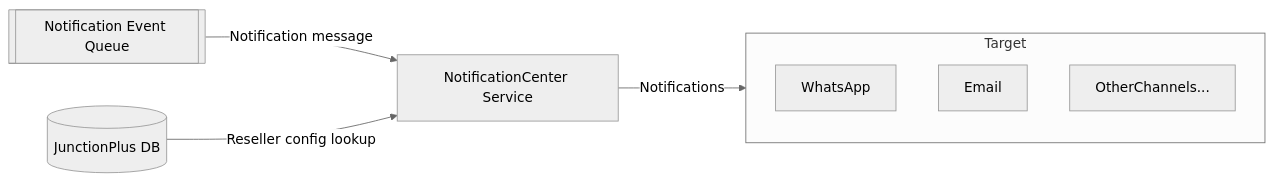
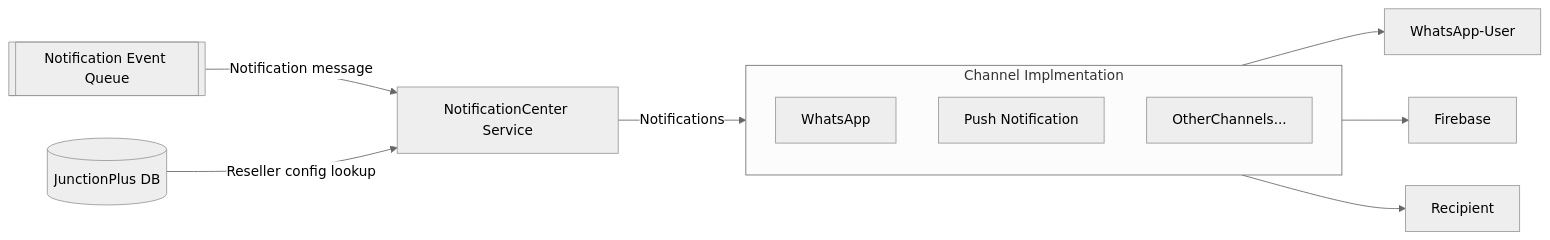
Before and after one commit to marimargaryan86/performancetesting: the fifth of 11 diagrams in docs/engineering/docs/projects/junction/plus.md, drawn with Mermaid (neutral theme). The commit also changed other lines of this file, not shown here.

````diff
--- a/docs/engineering/docs/projects/junction/plus.md
+++ b/docs/engineering/docs/projects/junction/plus.md
@@ -189,20 +236,23 @@
 ```mermaid
 flowchart LR
 
     EQ[[Notification Event Queue]]
 
     direction TB
     NC[NotificationCenter Service]
     DB[(JunctionPlus DB)]
 
-    subgraph T[Target]
+    subgraph T[Channel Implmentation]
         direction TB
-        WhatsApp
-        Email
-        OtherChannels...
+        WA[WhatsApp]
+        PN[Push Notification]
+        OC[OtherChannels...]
     end
 
     EQ-->|Notification message|NC
     DB-->|Reseller config lookup|NC
     NC-->|Notifications|T
+    WA-->WhatsApp-User
+    PN-->Firebase
+    OC-->Recipient
 ```
````
